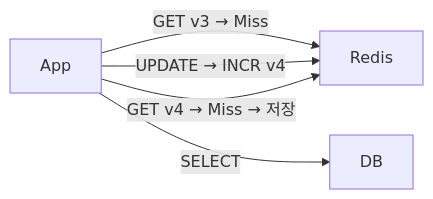
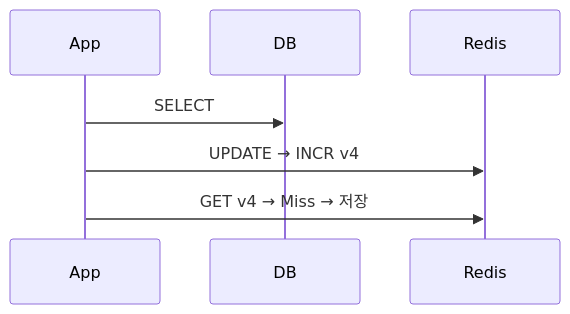
The third of 8 diagrams in _posts/caching/2026-05-03-cache-invalidation.md (yjkim2015/yjkim2015.github.io), drawn with Mermaid before and after one commit. The commit also changed other lines of this file and 89 other files, not shown here.

First line of the commit message:
복잡한 flowchart 163개 → sequenceDiagram 변환 (90파일)

````diff
--- a/_posts/caching/2026-05-03-cache-invalidation.md
+++ b/_posts/caching/2026-05-03-cache-invalidation.md
@@ -175,7 +175,6 @@
 ```mermaid
-graph LR
-    App["App"] -->|"GET v3 → Miss"| Redis["Redis"]
-    App -->|"SELECT"| DB["DB"]
-    App -->|"UPDATE → INCR v4"| Redis
-    App -->|"GET v4 → Miss → 저장"| Redis
+sequenceDiagram
+    App->>DB: SELECT
+    App->>Redis: UPDATE → INCR v4
+    App->>Redis: GET v4 → Miss → 저장
 ```
````
